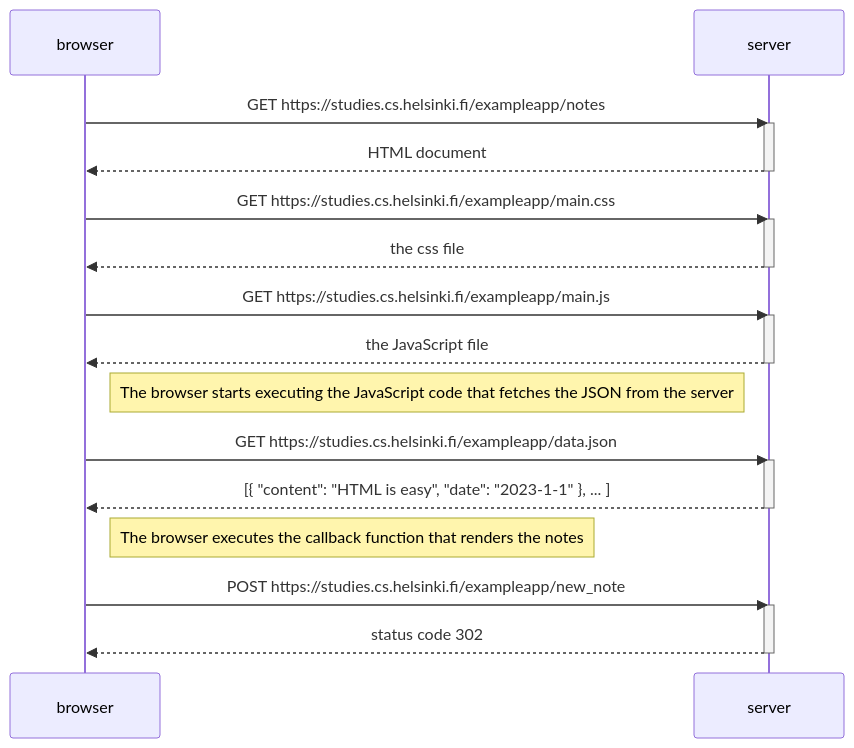
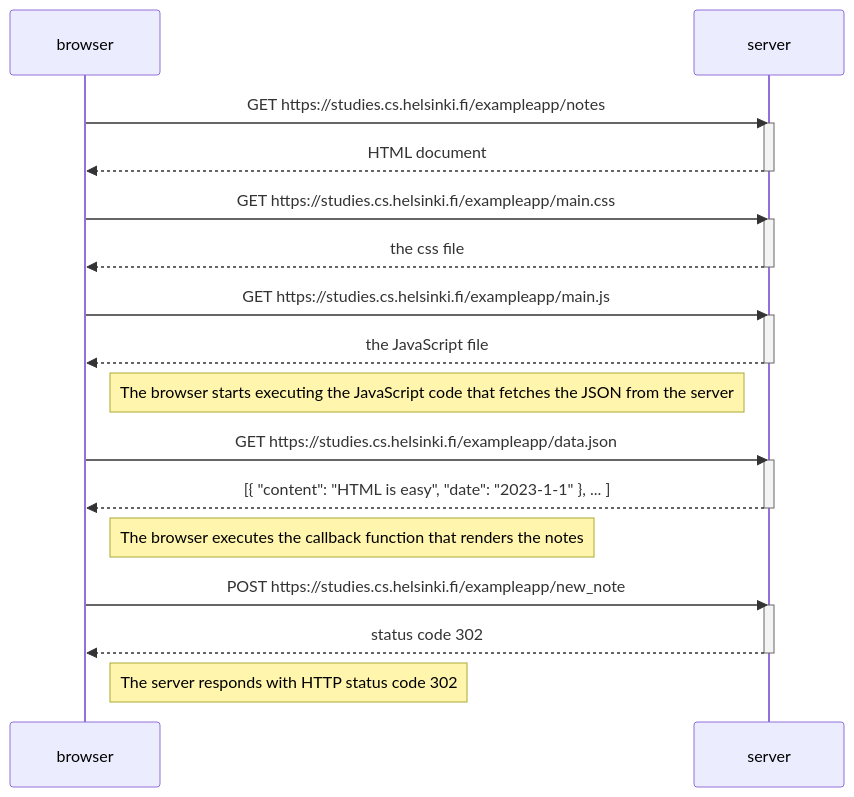
The diagram in part0/new-note-diagram/README.md (alifzwan/FullStack-Open), drawn with Mermaid before and after one commit.

Commit message:
Add note about server response status code

````diff
--- a/part0/new-note-diagram/README.md
+++ b/part0/new-note-diagram/README.md
@@ -1,34 +1,36 @@
 ```mermaid
 sequenceDiagram
     participant browser
     participant server
 
     browser->>server: GET https://studies.cs.helsinki.fi/exampleapp/notes
     activate server
     server-->>browser: HTML document
     deactivate server
 
     browser->>server: GET https://studies.cs.helsinki.fi/exampleapp/main.css
     activate server
     server-->>browser: the css file
     deactivate server
 
     browser->>server: GET https://studies.cs.helsinki.fi/exampleapp/main.js
     activate server
     server-->>browser: the JavaScript file
     deactivate server
 
     Note right of browser: The browser starts executing the JavaScript code that fetches the JSON from the server
 
     browser->>server: GET https://studies.cs.helsinki.fi/exampleapp/data.json
     activate server
     server-->>browser: [{ "content": "HTML is easy", "date": "2023-1-1" }, ... ]
     deactivate server
 
     Note right of browser: The browser executes the callback function that renders the notes
 
     browser->>server: POST https://studies.cs.helsinki.fi/exampleapp/new_note
     activate server
     server-->>browser: status code 302
     deactivate server
+
+    Note right of browser: The server responds with HTTP status code 302
 ``` 
````
